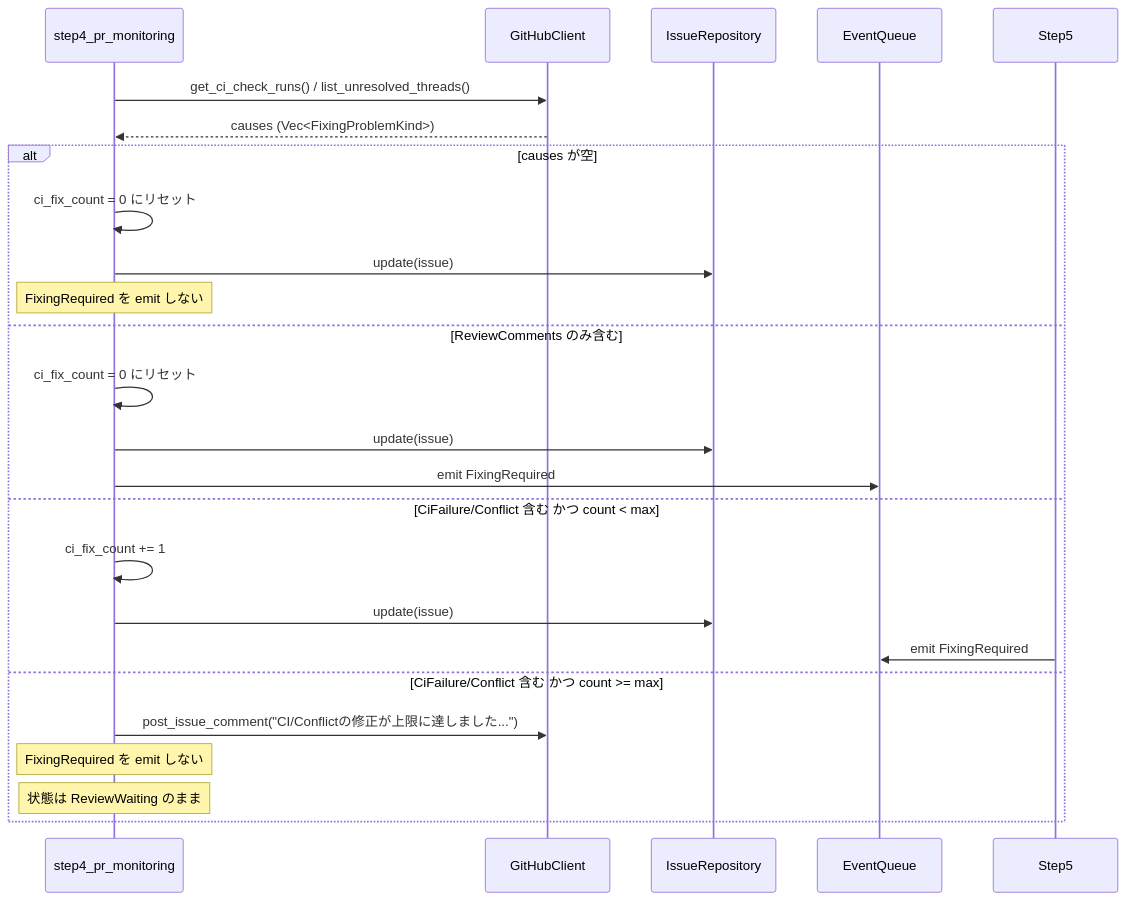
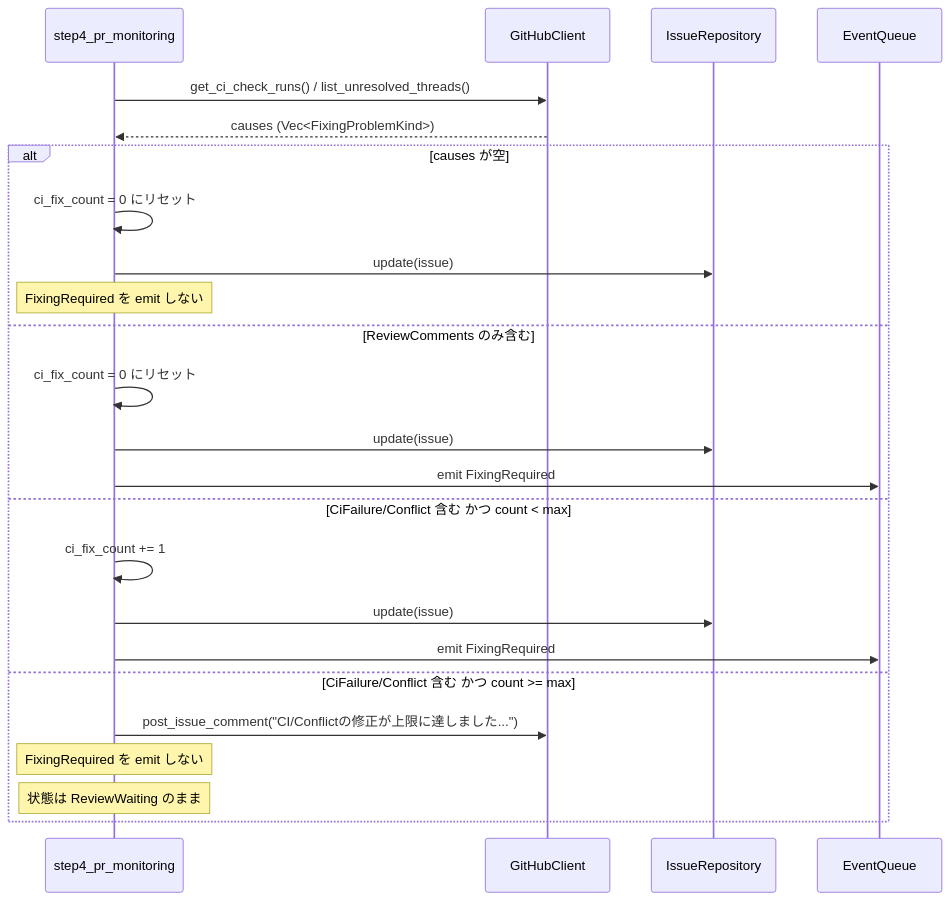
One commit to kyuki3rain/cupola changed the second of 4 diagrams in .cupola/specs/ci-fix-count-limit/design.md. Above: the diagram before and after it, drawn with Mermaid.

Commit message:
fix: address review comments

````diff
--- a/.cupola/specs/ci-fix-count-limit/design.md
+++ b/.cupola/specs/ci-fix-count-limit/design.md
@@ -86,28 +86,28 @@
 ```mermaid
 sequenceDiagram
     participant Step4 as step4_pr_monitoring
     participant GitHub as GitHubClient
     participant Repo as IssueRepository
     participant Events as EventQueue
 
     Step4->>GitHub: get_ci_check_runs() / list_unresolved_threads()
     GitHub-->>Step4: causes (Vec<FixingProblemKind>)
 
     alt causes が空
         Step4->>Step4: ci_fix_count = 0 にリセット
         Step4->>Repo: update(issue)
         Note over Step4: FixingRequired を emit しない
     else ReviewComments のみ含む
         Step4->>Step4: ci_fix_count = 0 にリセット
         Step4->>Repo: update(issue)
         Step4->>Events: emit FixingRequired
     else CiFailure/Conflict 含む かつ count < max
         Step4->>Step4: ci_fix_count += 1
         Step4->>Repo: update(issue)
-        Step5->>Events: emit FixingRequired
+        Step4->>Events: emit FixingRequired
     else CiFailure/Conflict 含む かつ count >= max
         Step4->>GitHub: post_issue_comment("CI/Conflictの修正が上限に達しました...")
         Note over Step4: FixingRequired を emit しない
         Note over Step4: 状態は ReviewWaiting のまま
     end
 ```
````
